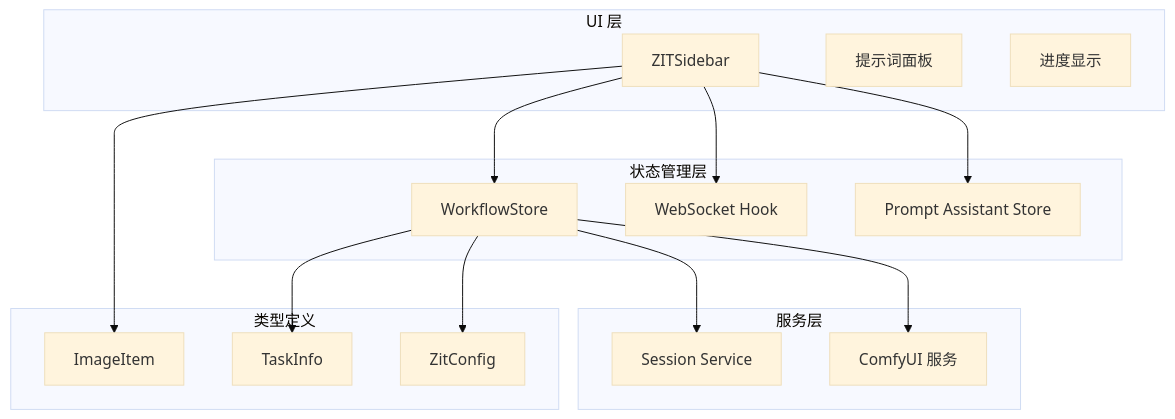
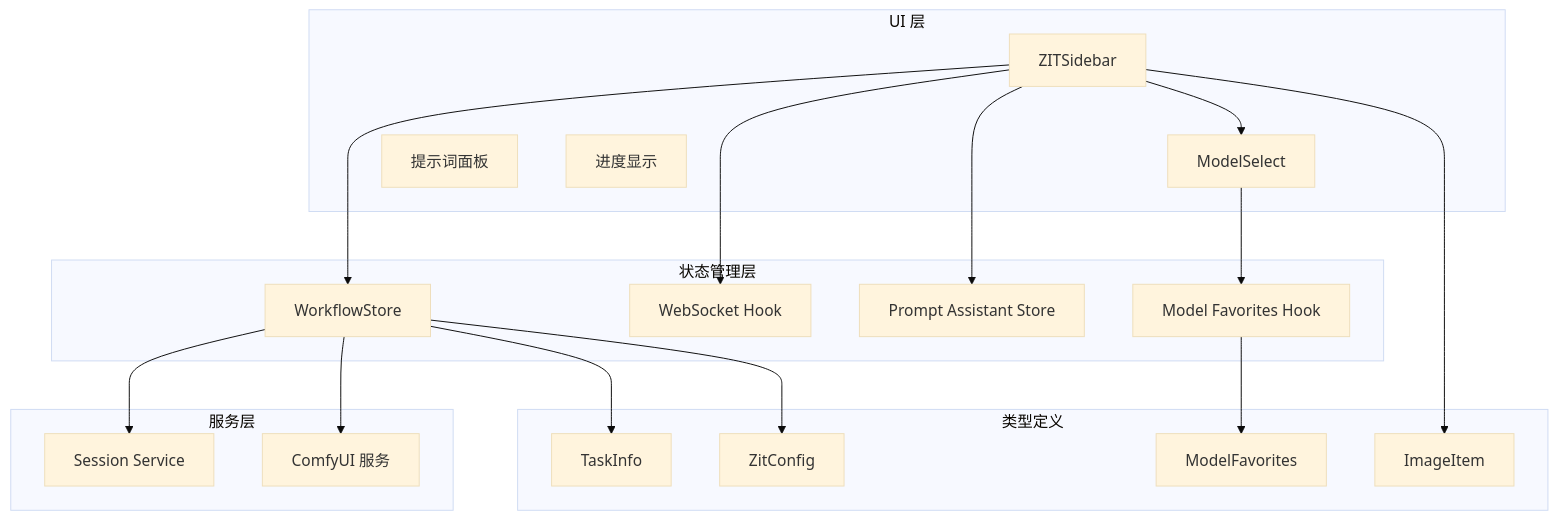
The seventh of 8 diagrams in .qoder/repowiki/zh/content/用户界面组件/控制面板组件/ZIT快出侧边栏.md (billye220670/CorineKit_Pix2Real), drawn with Mermaid (base theme) before and after one commit. The commit also changed other lines of this file and 54 other files, not shown here.

First line of the commit message:
feat: 模型下拉菜单元数据管理（缩略图+重命名）及session mask恢复优化

````diff
--- a/.qoder/repowiki/zh/content/用户界面组件/控制面板组件/ZIT快出侧边栏.md
+++ b/.qoder/repowiki/zh/content/用户界面组件/控制面板组件/ZIT快出侧边栏.md
@@ -264,30 +344,36 @@
 ```mermaid
 graph TB
 subgraph "UI 层"
 A[ZITSidebar]
-B[提示词面板]
-C[进度显示]
+B[ModelSelect]
+C[提示词面板]
+D[进度显示]
 end
 subgraph "状态管理层"
-D[WorkflowStore]
-E[WebSocket Hook]
-F[Prompt Assistant Store]
+E[WorkflowStore]
+F[WebSocket Hook]
+G[Prompt Assistant Store]
+H[Model Favorites Hook]
 end
 subgraph "服务层"
-G[Session Service]
-H[ComfyUI 服务]
+I[Session Service]
+J[ComfyUI 服务]
 end
 subgraph "类型定义"
-I[ImageItem]
-J[TaskInfo]
-K[ZitConfig]
+K[ImageItem]
+L[TaskInfo]
+M[ZitConfig]
+N[ModelFavorites]
 end
-A --> D
 A --> E
 A --> F
-D --> G
-D --> H
-A --> I
-D --> J
-D --> K
+A --> G
+A --> B
+B --> H
+E --> I
+E --> J
+A --> K
+E --> L
+E --> M
+H --> N
 ```
````
